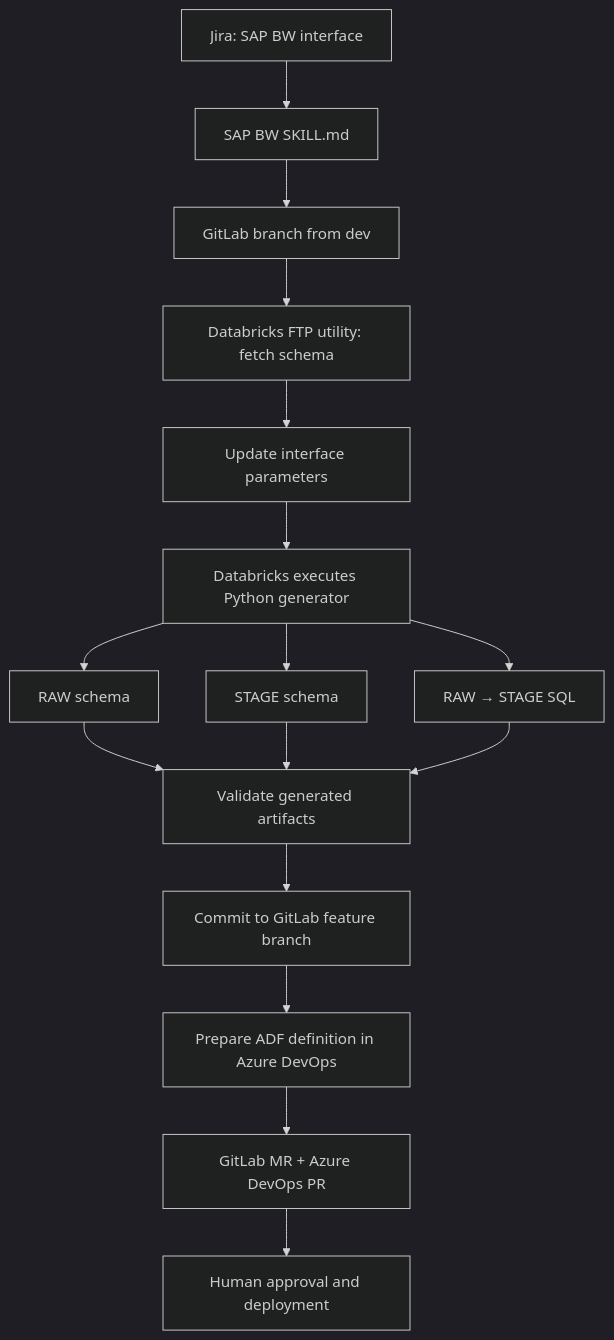
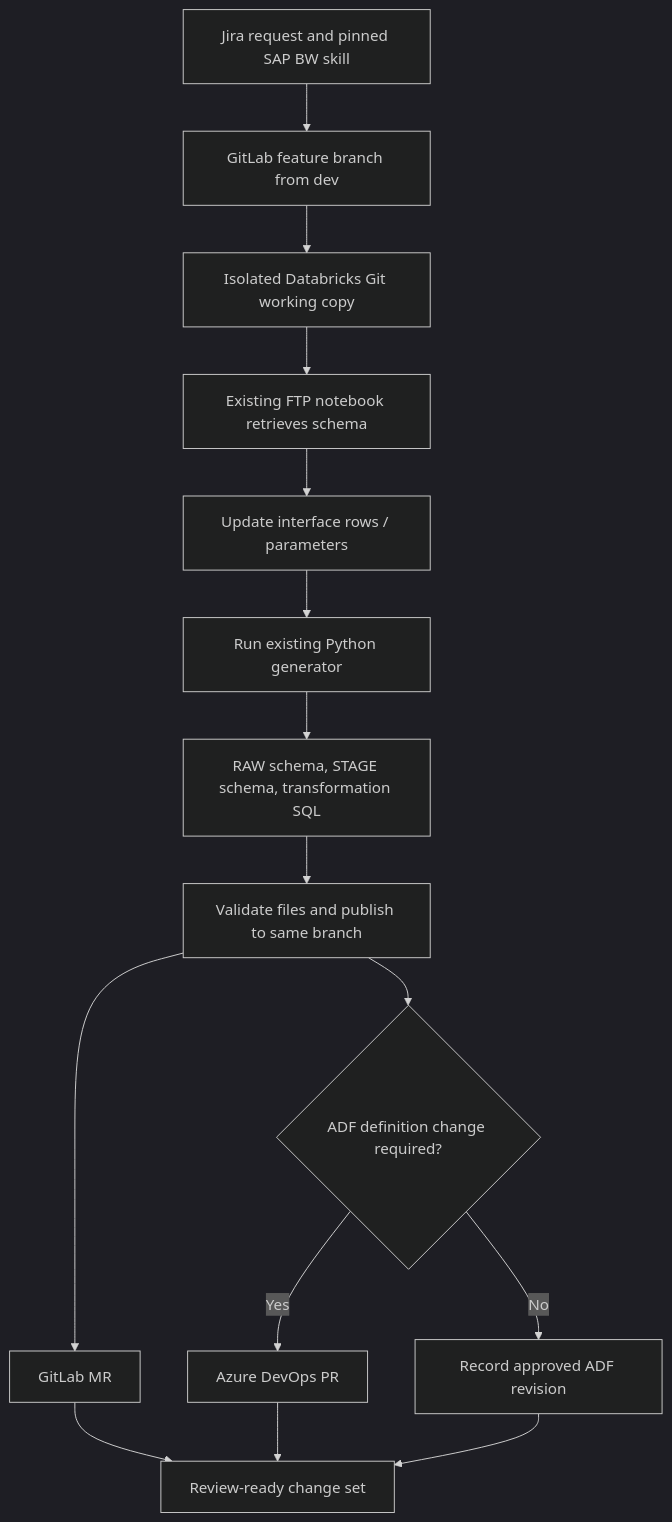
One commit to dorovladcodex/ai-data-integration-platform changed the first of 2 diagrams in docs/sap-bw.md. Above: the diagram before and after it, drawn with Mermaid (dark theme). The commit also changed other lines of this file and 6 other files, not shown here.

````diff
--- a/docs/sap-bw.md
+++ b/docs/sap-bw.md
@@ -20,18 +13,17 @@
 ```mermaid
-flowchart TD
-    A["Jira: SAP BW interface"] --> B["SAP BW SKILL.md"]
-    B --> C["GitLab branch from dev"]
-    C --> D["Databricks FTP utility: fetch schema"]
-    D --> E["Update interface parameters"]
-    E --> F["Databricks executes Python generator"]
-    F --> G["RAW schema"]
-    F --> H["STAGE schema"]
-    F --> I["RAW → STAGE SQL"]
-    G --> V["Validate generated artifacts"]
-    H --> V
-    I --> V
-    V --> K["Commit to GitLab feature branch"]
-    K --> L["Prepare ADF definition in Azure DevOps"]
-    L --> M["GitLab MR + Azure DevOps PR"]
-    M --> N["Human approval and deployment"]
+flowchart TB
+    A["Jira request and pinned SAP BW skill"] --> B["GitLab feature branch from dev"]
+    B --> C["Isolated Databricks Git working copy"]
+    C --> D["Existing FTP notebook retrieves schema"]
+    D --> E["Update interface rows / parameters"]
+    E --> F["Run existing Python generator"]
+    F --> G["RAW schema, STAGE schema, transformation SQL"]
+    G --> V["Validate files and publish to same branch"]
+    V --> M["GitLab MR"]
+    V --> Q{"ADF definition change required?"}
+    Q -->|Yes| P["Azure DevOps PR"]
+    Q -->|No| R["Record approved ADF revision"]
+    M --> H["Review-ready change set"]
+    P --> H
+    R --> H
 ```
````
